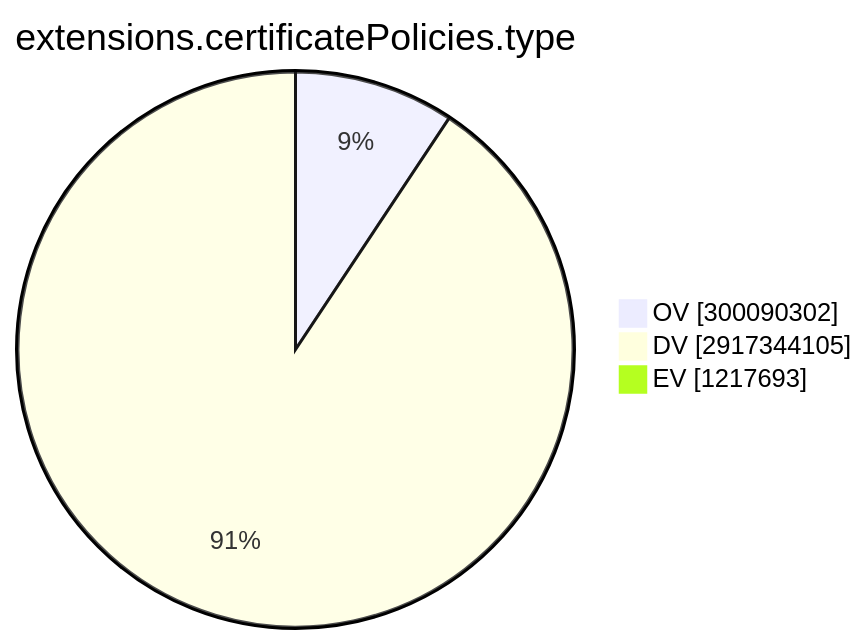
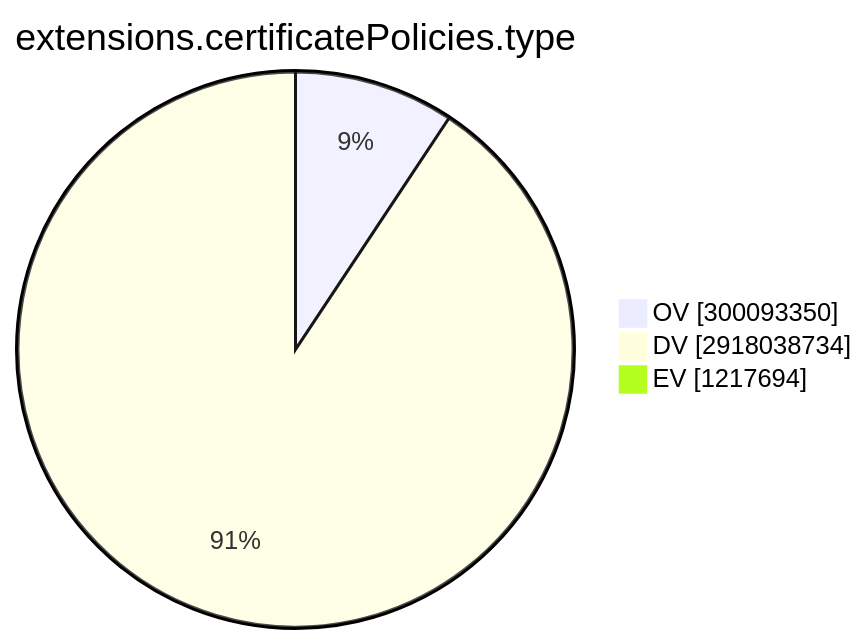
Before and after one commit to christiankrug/ctmonitor_visualization: the ninth of 15 diagrams in TOTAL/README.md, drawn with Mermaid. The commit also changed other lines of this file, not shown here.

````diff
--- a/TOTAL/README.md
+++ b/TOTAL/README.md
@@ -3101,7 +3101,7 @@
 ```mermaid
 pie showData
 title extensions.certificatePolicies.type
-"OV" :300090302
-"DV" :2917344105
-"EV" :1217693
+"OV" :300093350
+"DV" :2918038734
+"EV" :1217694
 ```
````
